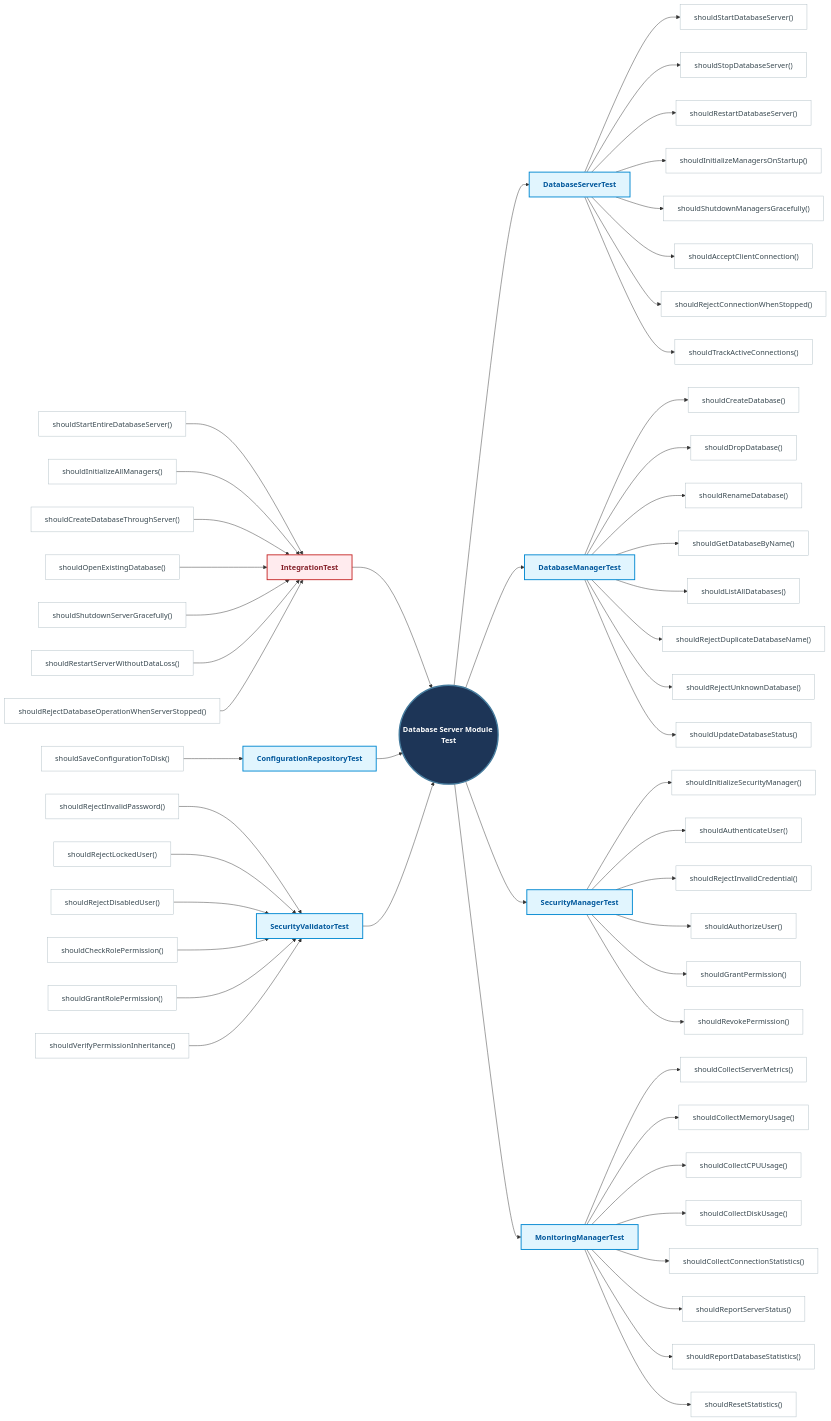
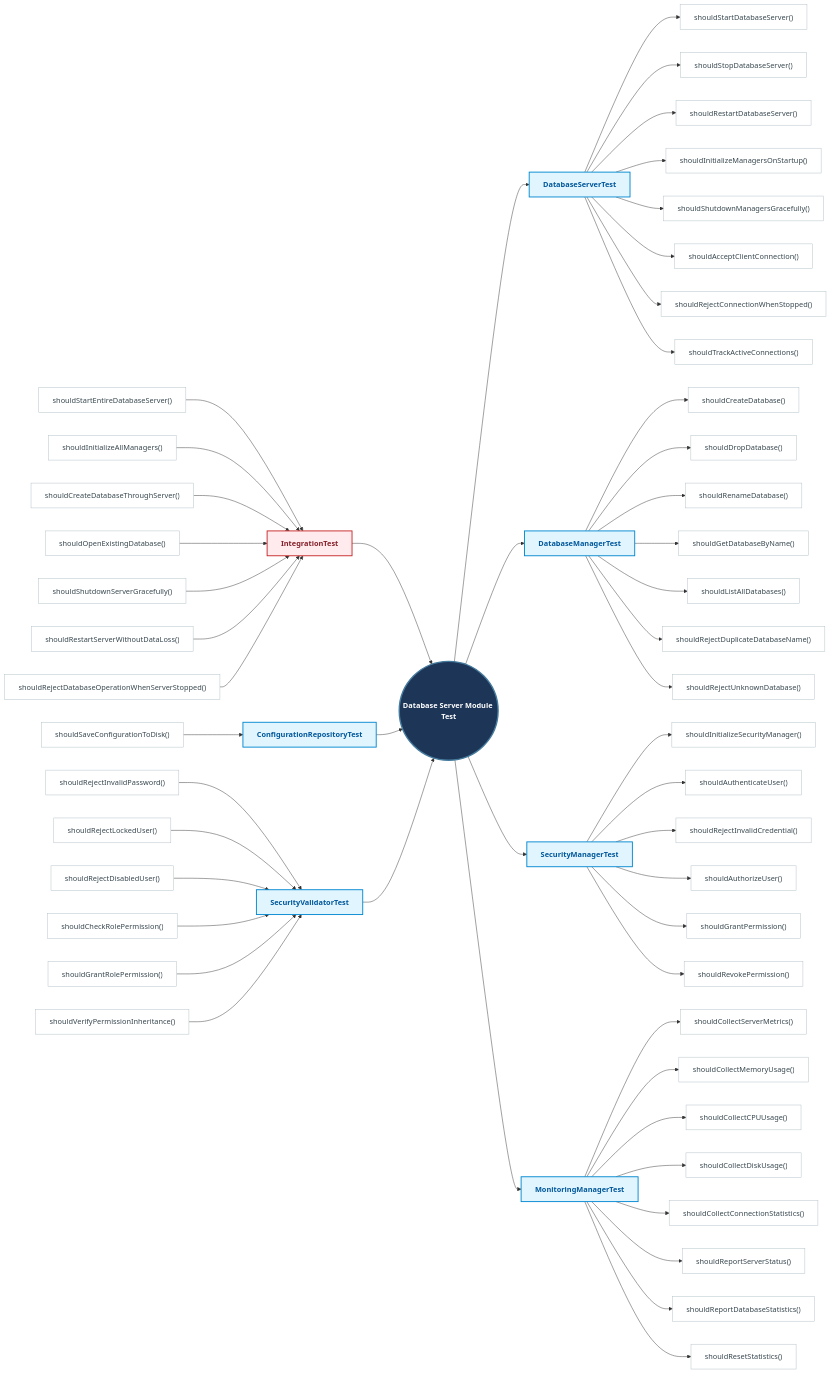
The fourth of 20 diagrams in docs/README.md (Huy1801214/dbms-architecture), drawn with Mermaid before and after one commit. The commit also changed other lines of this file and 7 other files, not shown here.

```diff
--- a/docs/README.md
+++ b/docs/README.md
@@ -646,8 +646,6 @@
     DATABASEMANAGERTEST --> databasemanagertest_6
     databasemanagertest_7["shouldRejectUnknownDatabase()"]:::leafStyle
     DATABASEMANAGERTEST --> databasemanagertest_7
-    databasemanagertest_8["shouldUpdateDatabaseStatus()"]:::leafStyle
-    DATABASEMANAGERTEST --> databasemanagertest_8
 
     %% SecurityManagerTest methods
     securitymanagertest_1["shouldInitializeSecurityManager()"]:::leafStyle
```
